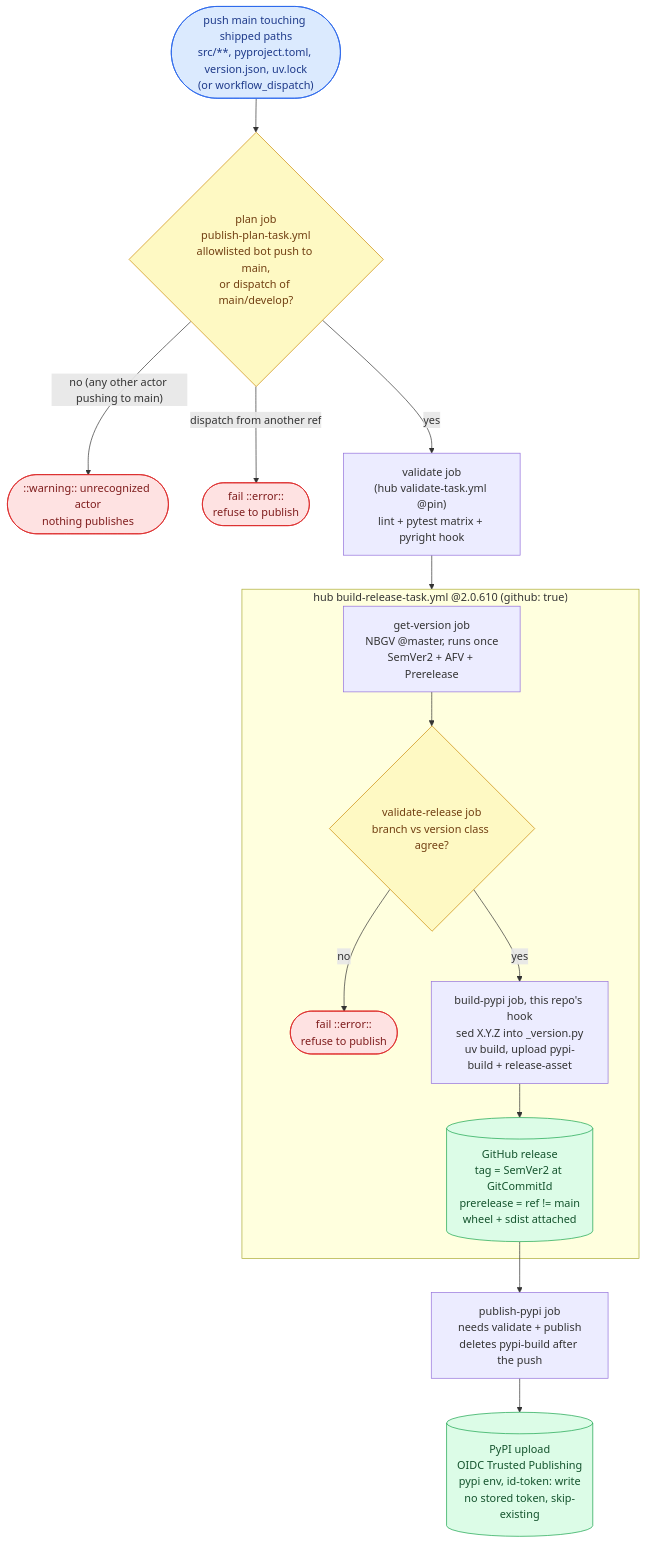
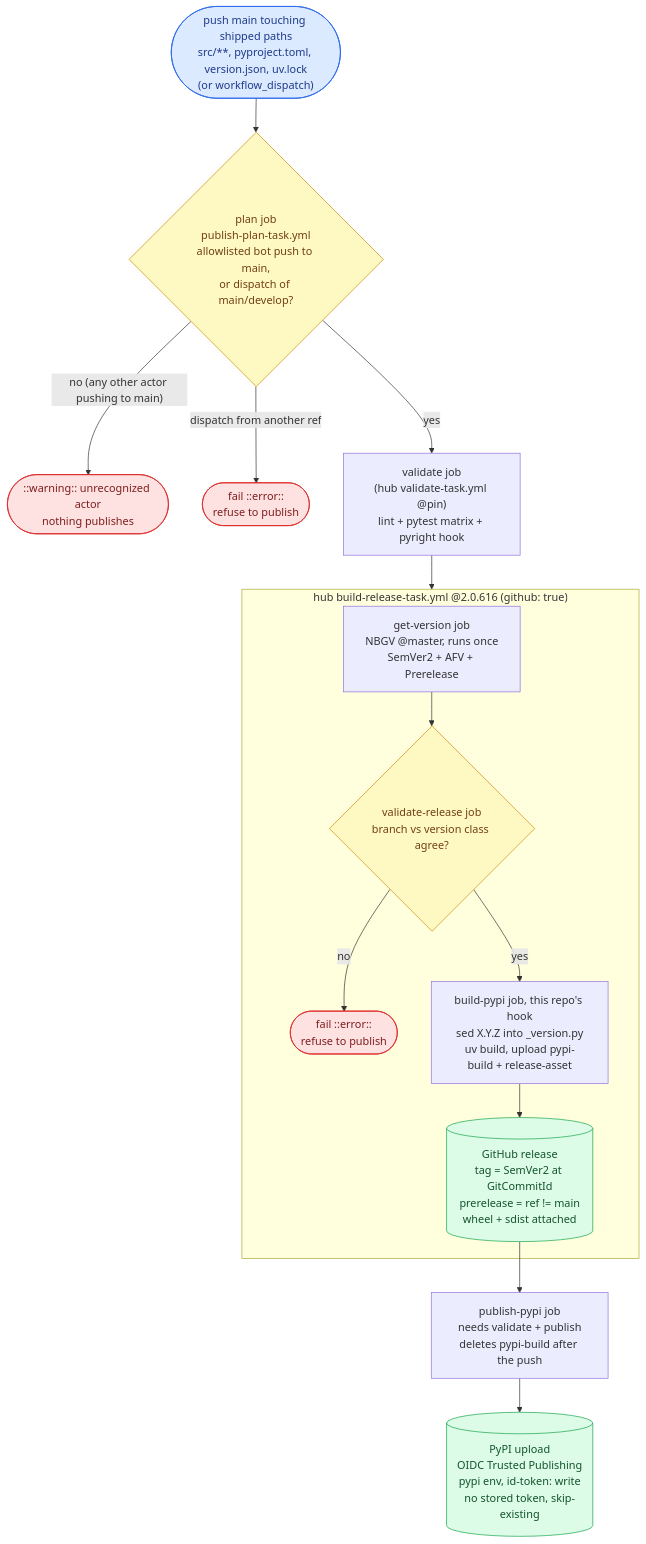
Before and after one commit to ptr727/aiopurpleair: the second of 3 diagrams in WORKFLOW.md, drawn with Mermaid. The commit also changed other lines of this file and 4 other files, not shown here.

````diff
--- a/WORKFLOW.md
+++ b/WORKFLOW.md
@@ -135,21 +135,21 @@
 ```mermaid
 flowchart TD
     P(["push main touching shipped paths<br/>src/**, pyproject.toml, version.json, uv.lock<br/>(or workflow_dispatch)"]):::trig --> PLAN
     PLAN{"plan job<br/>publish-plan-task.yml<br/>allowlisted bot push to main,<br/>or dispatch of main/develop?"}:::gate
     PLAN -- "no (any other actor pushing to main)" --> NOP(["::warning:: unrecognized actor<br/>nothing publishes"]):::stop
     PLAN -- "dispatch from another ref" --> DX(["fail ::error::<br/>refuse to publish"]):::stop
     PLAN -- "yes" --> VAL["validate job<br/>(hub validate-task.yml @pin)<br/>lint + pytest matrix + pyright hook"]
     VAL --> BUILD
-    subgraph BUILD ["hub build-release-task.yml @2.0.610 (github: true)"]
+    subgraph BUILD ["hub build-release-task.yml @2.0.616 (github: true)"]
         GV["get-version job<br/>NBGV @master, runs once<br/>SemVer2 + AFV + Prerelease"] --> VR{"validate-release job<br/>branch vs version class agree?"}:::gate
         VR -- "no" --> VRX(["fail ::error::<br/>refuse to publish"]):::stop
         VR -- "yes" --> BD["build-pypi job, this repo's hook<br/>sed X.Y.Z into _version.py<br/>uv build, upload pypi-build + release-asset"]
         BD --> REL[("GitHub release<br/>tag = SemVer2 at GitCommitId<br/>prerelease = ref != main<br/>wheel + sdist attached")]:::pub
     end
     REL --> PP["publish-pypi job<br/>needs validate + publish<br/>deletes pypi-build after the push"]
     PP --> PYPI[("PyPI upload<br/>OIDC Trusted Publishing<br/>pypi env, id-token: write<br/>no stored token, skip-existing")]:::pub
     classDef trig fill:#dbeafe,stroke:#2563eb,color:#1e3a8a
     classDef gate fill:#fef9c3,stroke:#ca8a04,color:#713f12
     classDef pub fill:#dcfce7,stroke:#16a34a,color:#14532d
     classDef stop fill:#fee2e2,stroke:#dc2626,color:#7f1d1d
 ```
````
